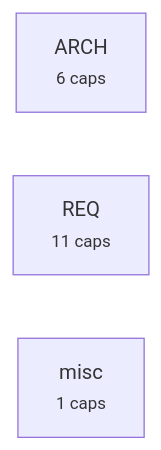
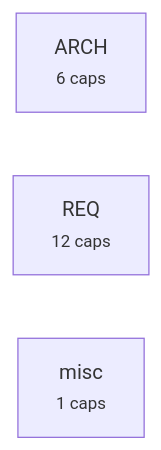
Before and after one commit to alxmax/excalidraw-diagram: the third of 4 diagrams in requirements/_map.md, drawn with Mermaid. The commit also changed other lines of this file and 10 other files, not shown here.

````diff
--- a/requirements/_map.md
+++ b/requirements/_map.md
@@ -96,6 +97,6 @@
 ```mermaid
 graph LR
   a_ARCH["ARCH<br><small>6 caps</small>"]
-  a_REQ["REQ<br><small>11 caps</small>"]
+  a_REQ["REQ<br><small>12 caps</small>"]
   a_misc["misc<br><small>1 caps</small>"]
 ```
````
